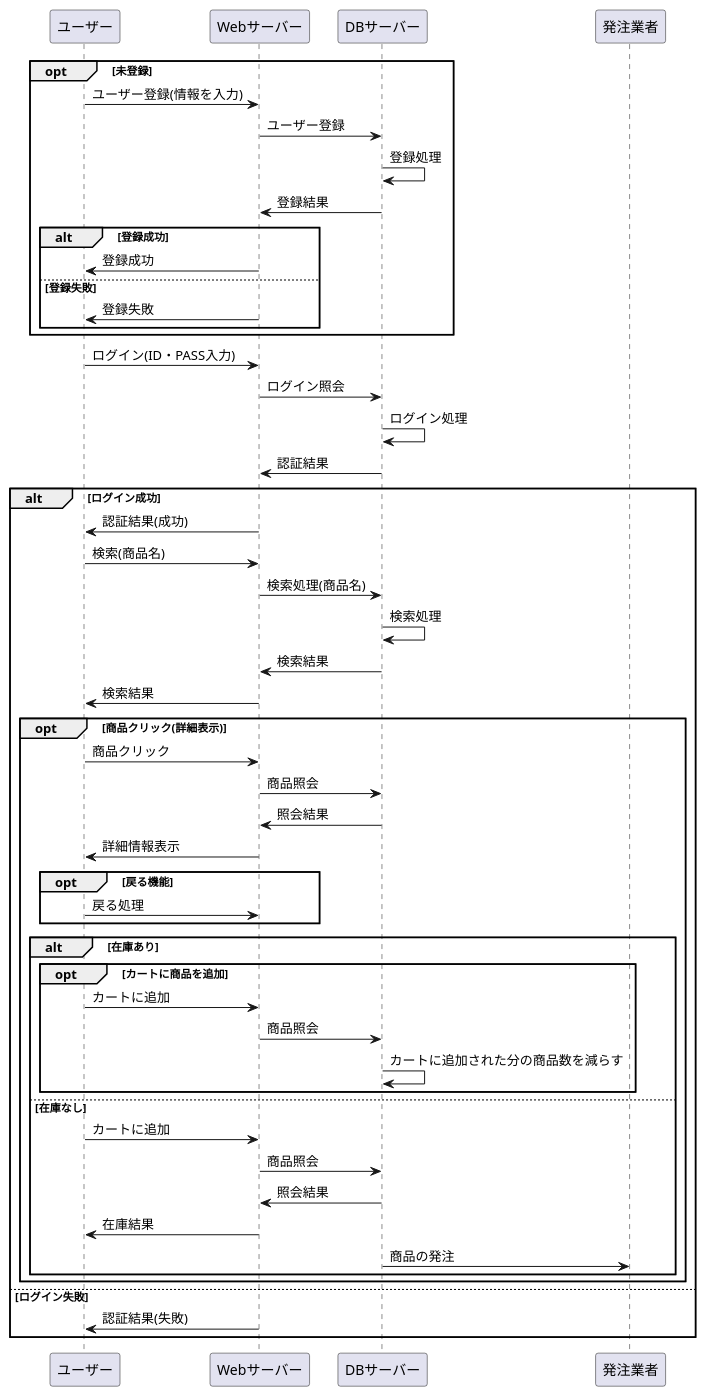
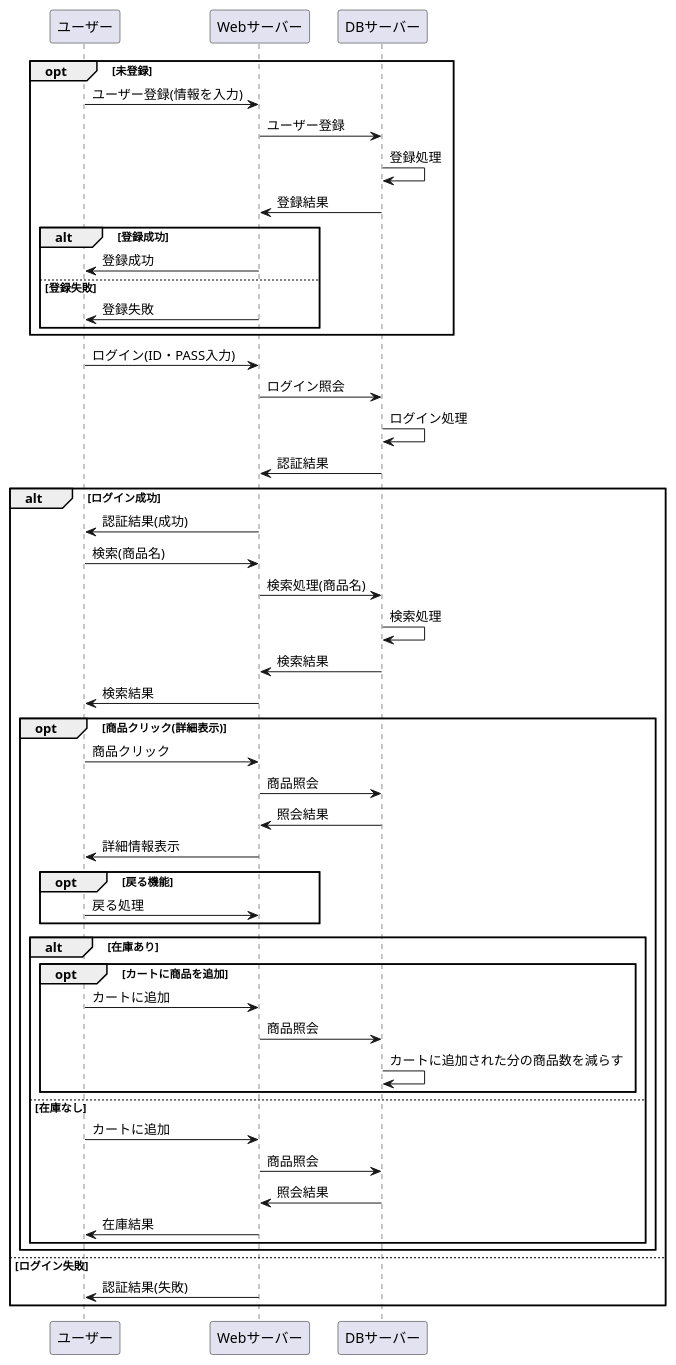
Before and after one commit to Aso2001184/2021sys-design: the diagram in あの消し.業務フロー.md, drawn with PlantUML.

````diff
--- a/あの消し.業務フロー.md
+++ b/あの消し.業務フロー.md
@@ -1,59 +1,58 @@
 ```uml
 @startuml
 opt 未登録
 ユーザー -> Webサーバー : ユーザー登録(情報を入力)
 Webサーバー -> DBサーバー : ユーザー登録
 DBサーバー -> DBサーバー : 登録処理
 DBサーバー -> Webサーバー : 登録結果
 
 alt 登録成功
 Webサーバー -> ユーザー : 登録成功
 else 登録失敗
 Webサーバー -> ユーザー : 登録失敗
 end
 end
 
 ユーザー -> Webサーバー : ログイン(ID・PASS入力)
 Webサーバー -> DBサーバー : ログイン照会
 DBサーバー -> DBサーバー : ログイン処理
 DBサーバー -> Webサーバー : 認証結果
 
 alt ログイン成功
 Webサーバー -> ユーザー : 認証結果(成功)
 
 ユーザー -> Webサーバー : 検索(商品名)
 Webサーバー -> DBサーバー : 検索処理(商品名)
 DBサーバー -> DBサーバー : 検索処理
 DBサーバー -> Webサーバー : 検索結果
 Webサーバー -> ユーザー : 検索結果
 
 opt 商品クリック(詳細表示)
 ユーザー -> Webサーバー : 商品クリック
 Webサーバー -> DBサーバー : 商品照会
 DBサーバー -> Webサーバー : 照会結果
 Webサーバー -> ユーザー : 詳細情報表示
 opt 戻る機能
 ユーザー -> Webサーバー : 戻る処理
 end
 
 alt 在庫あり
 opt カートに商品を追加
 ユーザー -> Webサーバー : カートに追加
 Webサーバー -> DBサーバー : 商品照会
 DBサーバー -> DBサーバー : カートに追加された分の商品数を減らす
 end
 
 else 在庫なし
 ユーザー -> Webサーバー : カートに追加
 Webサーバー -> DBサーバー : 商品照会
 DBサーバー -> Webサーバー : 照会結果
 Webサーバー -> ユーザー : 在庫結果
-DBサーバー -> 発注業者 : 商品の発注
 end
 end
 
 else ログイン失敗
 Webサーバー -> ユーザー : 認証結果(失敗)
 end
 @enduml
 ```
````
